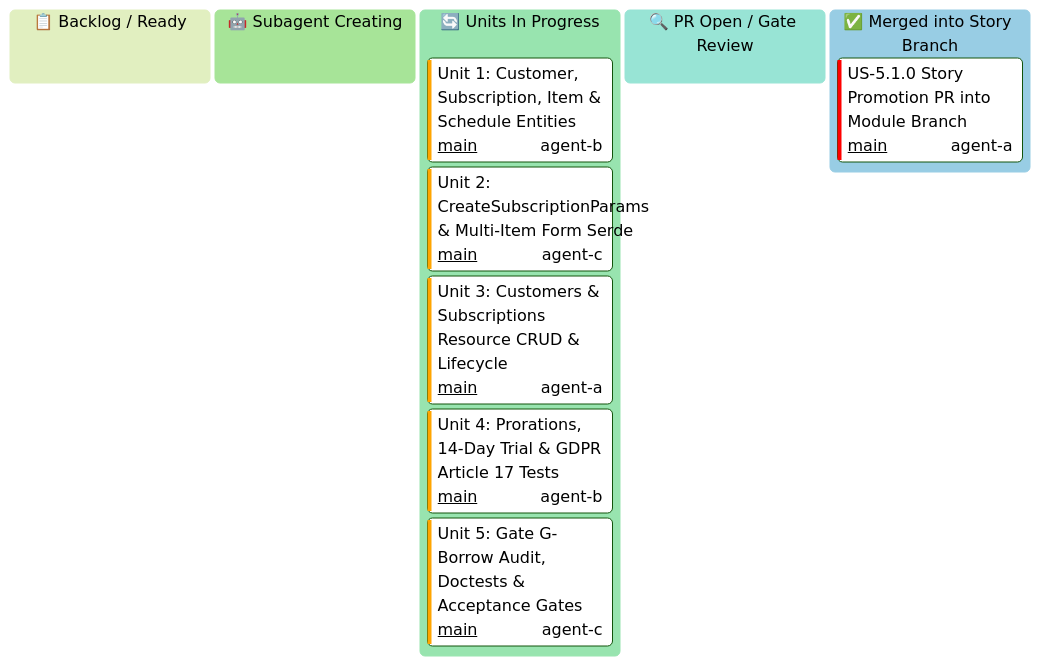
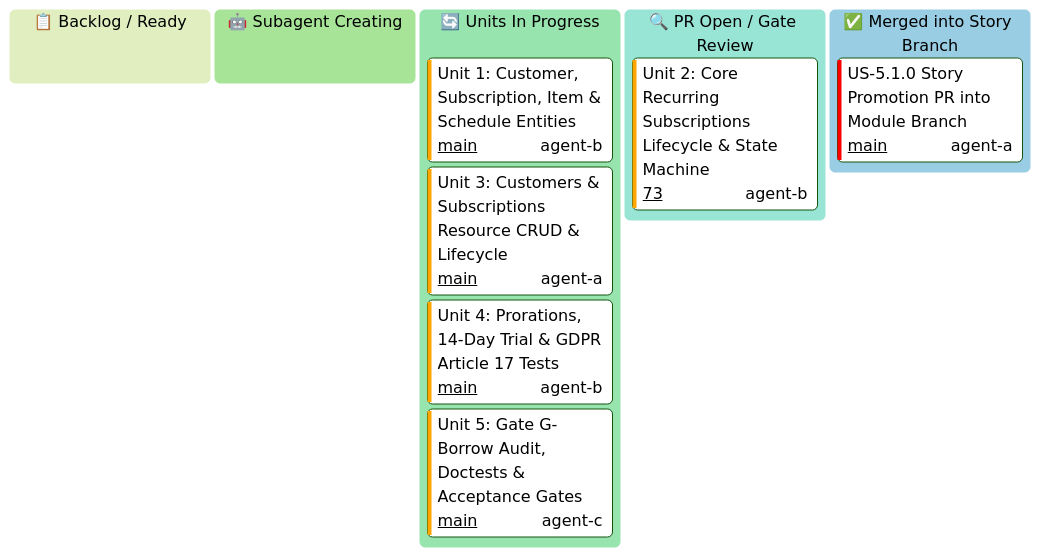
One commit to some-of-cs/some-stripe changed the diagram in docs/user-stories/module-5-customers-and-billing/US-5.1.0-KANBAN.md. Above: the diagram before and after it, drawn with Mermaid (forest theme). The commit also changed other lines of this file and 1 other file, not shown here.

Commit message:
docs(us-5.1.0/unit-2): update kanban status to PR #73 approved

````diff
--- a/docs/user-stories/module-5-customers-and-billing/US-5.1.0-KANBAN.md
+++ b/docs/user-stories/module-5-customers-and-billing/US-5.1.0-KANBAN.md
@@ -12,19 +12,19 @@
 ```mermaid
 ---
 config:
   kanban:
     ticketBaseUrl: 'https://github.com/some-of-cs/some-stripe/pull/#TICKET#'
 ---
 kanban
   todo[📋 Backlog / Ready]
   spawning[🤖 Subagent Creating]
   in_progress[🔄 Units In Progress]
     u511[Unit 1: Customer, Subscription, Item & Schedule Entities]@{ ticket: 'main', assigned: 'agent-b', priority: 'High' }
-    u512[Unit 2: CreateSubscriptionParams & Multi-Item Form Serde]@{ ticket: 'main', assigned: 'agent-c', priority: 'High' }
     u513[Unit 3: Customers & Subscriptions Resource CRUD & Lifecycle]@{ ticket: 'main', assigned: 'agent-a', priority: 'High' }
     u514[Unit 4: Prorations, 14-Day Trial & GDPR Article 17 Tests]@{ ticket: 'main', assigned: 'agent-b', priority: 'High' }
     u515[Unit 5: Gate G-Borrow Audit, Doctests & Acceptance Gates]@{ ticket: 'main', assigned: 'agent-c', priority: 'High' }
   review[🔍 PR Open / Gate Review]
+    u512[Unit 2: Core Recurring Subscriptions Lifecycle & State Machine]@{ ticket: '73', assigned: 'agent-b', priority: 'High' }
   done[✅ Merged into Story Branch]
     s51_pr[US-5.1.0 Story Promotion PR into Module Branch]@{ ticket: 'main', assigned: 'agent-a', priority: 'Very High' }
 ```
````
